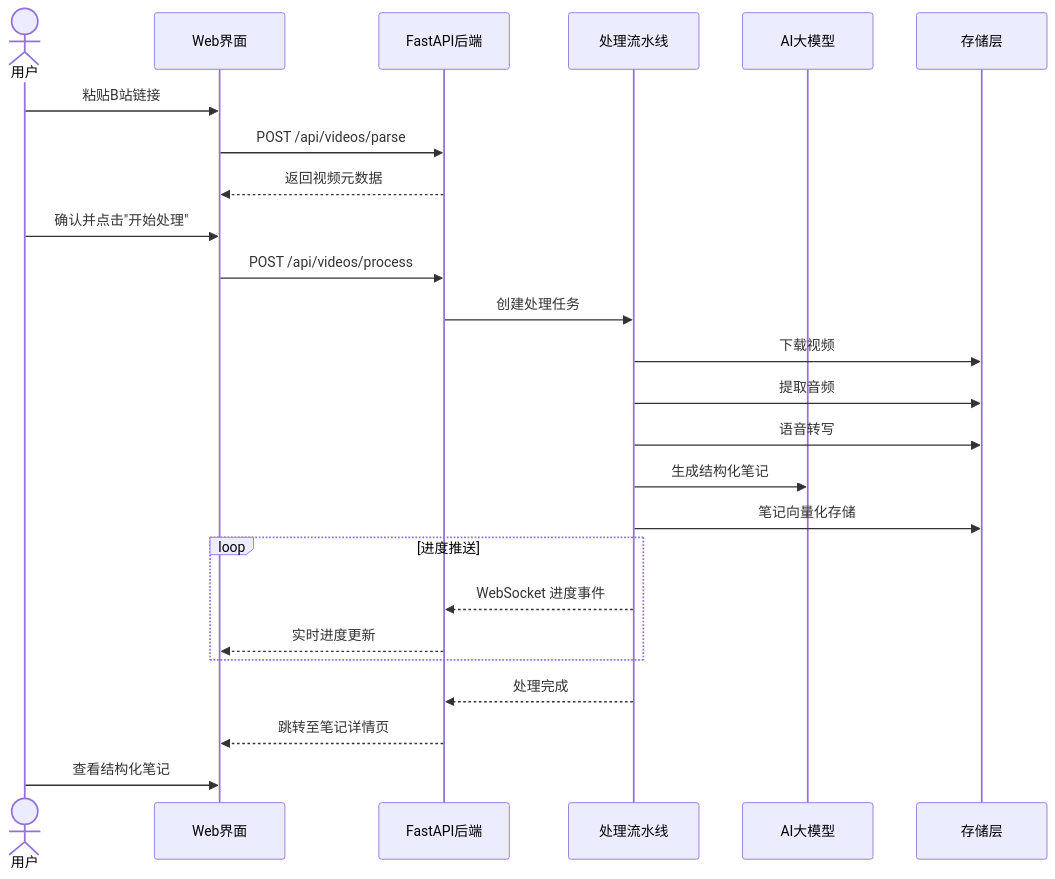
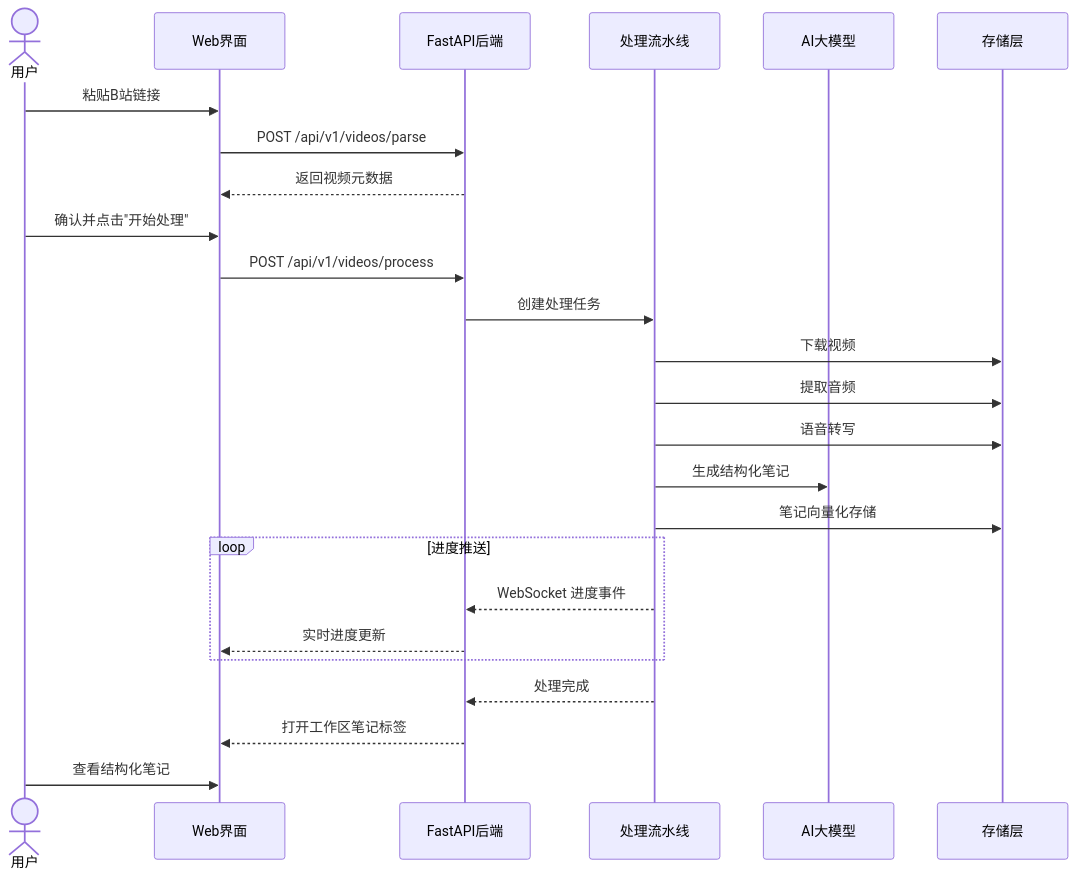
The second of 3 diagrams in 文档/需求文档.md (lian-yao/AI_NOTE), drawn with Mermaid before and after one commit. The commit also changed other lines of this file and 6 other files, not shown here.

````diff
--- a/文档/需求文档.md
+++ b/文档/需求文档.md
@@ -214,31 +216,31 @@
 ```mermaid
 sequenceDiagram
     actor U as 用户
     participant W as Web界面
     participant API as FastAPI后端
     participant PL as 处理流水线
     participant LLM as AI大模型
     participant DB as 存储层
 
     U->>W: 粘贴B站链接
-    W->>API: POST /api/videos/parse
+    W->>API: POST /api/v1/videos/parse
     API-->>W: 返回视频元数据
     U->>W: 确认并点击"开始处理"
-    W->>API: POST /api/videos/process
+    W->>API: POST /api/v1/videos/process
     API->>PL: 创建处理任务
 
     PL->>DB: 下载视频
     PL->>DB: 提取音频
     PL->>DB: 语音转写
     PL->>LLM: 生成结构化笔记
     PL->>DB: 笔记向量化存储
 
     loop 进度推送
         PL-->>API: WebSocket 进度事件
         API-->>W: 实时进度更新
     end
 
     PL-->>API: 处理完成
-    API-->>W: 跳转至笔记详情页
+    API-->>W: 打开工作区笔记标签
     U->>W: 查看结构化笔记
 ```
````
